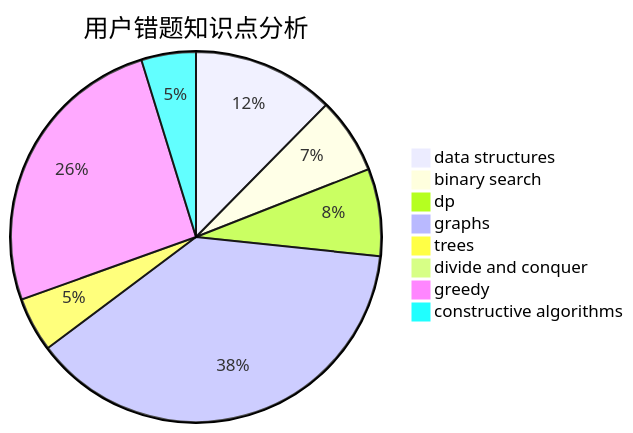
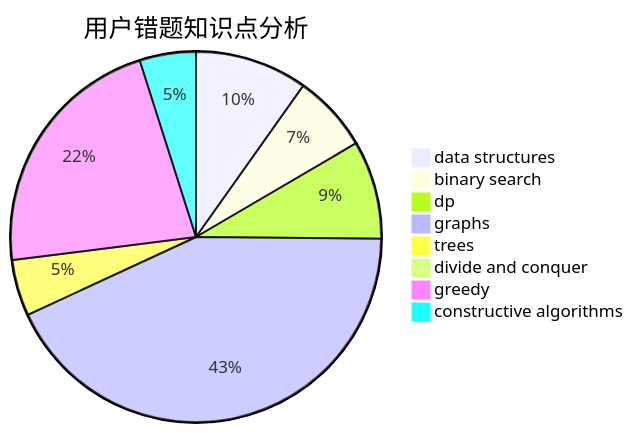
Before and after one commit to sherpahu/cfrs.github.io: the third of 3 diagrams in docs/user/u2763.md, drawn with Mermaid. The commit also changed other lines of this file and 2770 other files, not shown here.

````diff
--- a/docs/user/u2763.md
+++ b/docs/user/u2763.md
@@ -36,11 +36,11 @@
 ```mermaid
 pie title 用户错题知识点分析
-    "data structures" :  13
-    "binary search" :  7
-    "dp" :  8
-    "graphs" :  40
-    "trees" :  5
+    "data structures" :  16
+    "binary search" :  11
+    "dp" :  14
+    "graphs" :  70
+    "trees" :  8
     "divide and conquer" :  0
-    "greedy" :  27
-    "constructive algorithms" :  5
+    "greedy" :  36
+    "constructive algorithms" :  8
 ```
````
